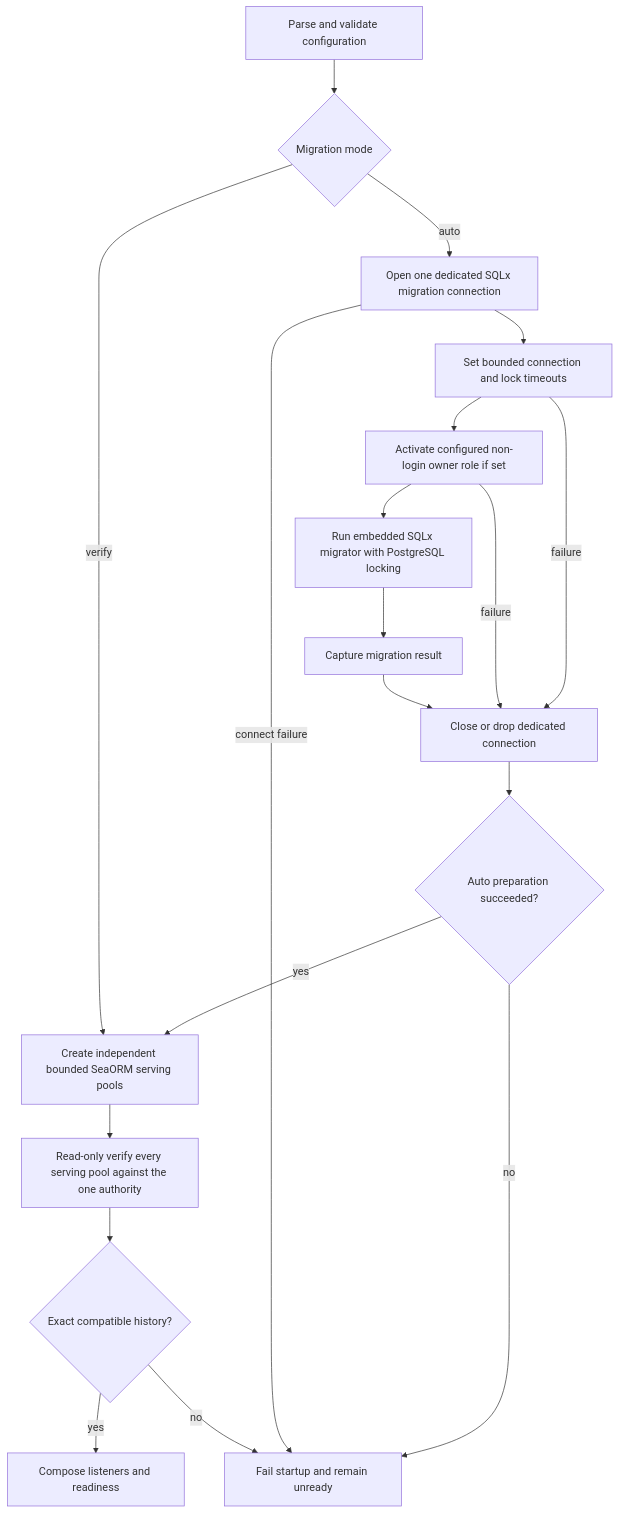
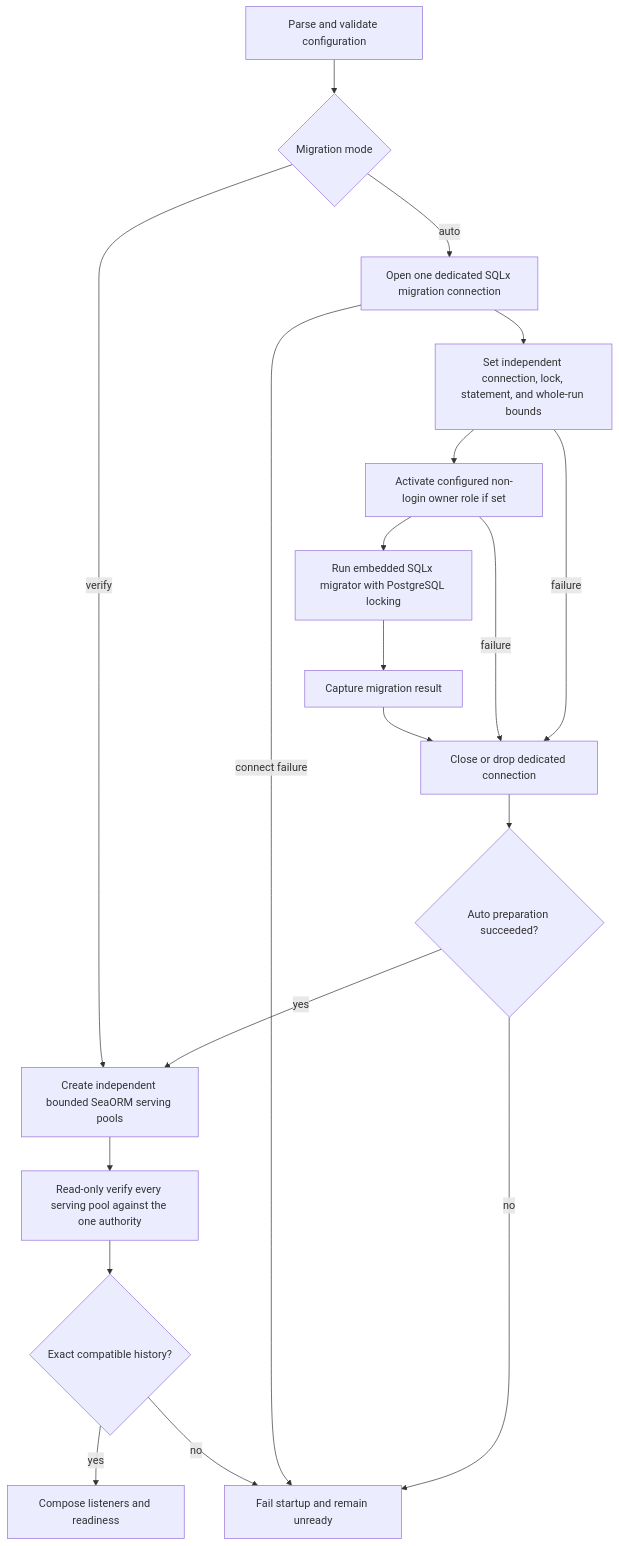
Before and after one commit to owlfoundry/owlauth: the third of 3 diagrams in spec/04-storage-and-migrations.md, drawn with Mermaid. The commit also changed other lines of this file and 320 other files, not shown here.

````diff
--- a/spec/04-storage-and-migrations.md
+++ b/spec/04-storage-and-migrations.md
@@ -837,21 +891,21 @@
 ```mermaid
 flowchart TD
     Start[Parse and validate configuration] --> Mode{Migration mode}
     Mode -->|auto| Migration[Open one dedicated SQLx migration connection]
-    Migration --> Bounds[Set bounded connection and lock timeouts]
+    Migration --> Bounds[Set independent connection, lock, statement, and whole-run bounds]
     Bounds --> Owner[Activate configured non-login owner role if set]
     Owner --> Apply[Run embedded SQLx migrator with PostgreSQL locking]
     Apply --> Capture[Capture migration result]
     Bounds -->|failure| Cleanup[Close or drop dedicated connection]
     Owner -->|failure| Cleanup
     Capture --> Cleanup
     Cleanup --> Applied{Auto preparation succeeded?}
     Applied -->|yes| Pools[Create independent bounded SeaORM serving pools]
     Applied -->|no| Closed[Fail startup and remain unready]
     Migration -->|connect failure| Closed
     Mode -->|verify| Pools
     Pools --> Targets[Read-only verify every serving pool against the one authority]
     Targets --> Compatible{Exact compatible history?}
     Compatible -->|yes| Listeners[Compose listeners and readiness]
     Compatible -->|no| Closed
 ```
````
